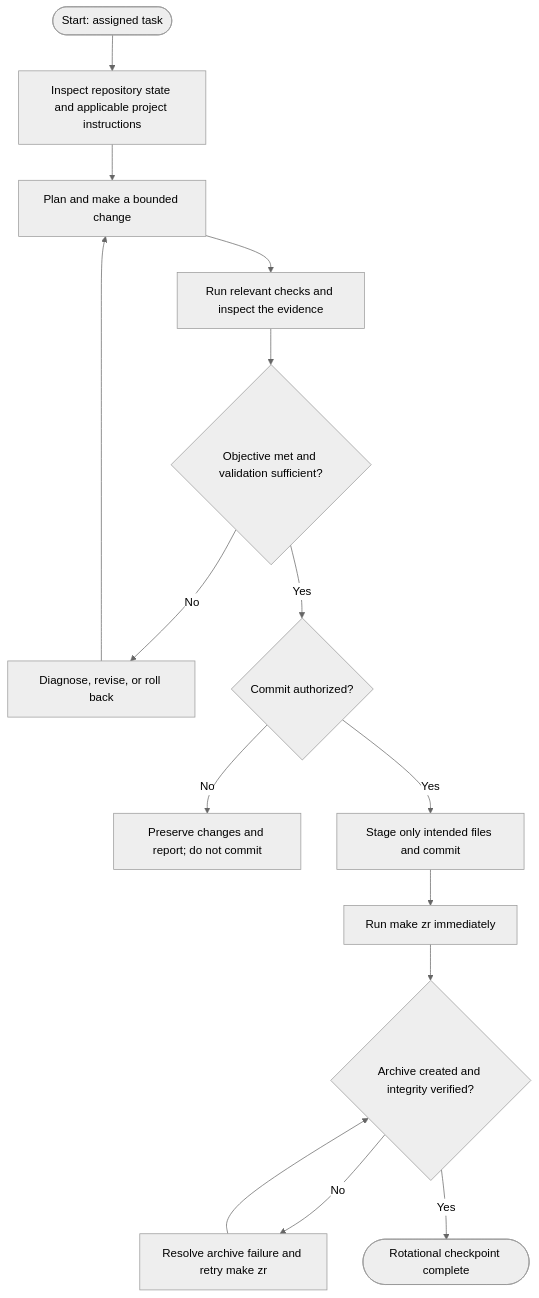
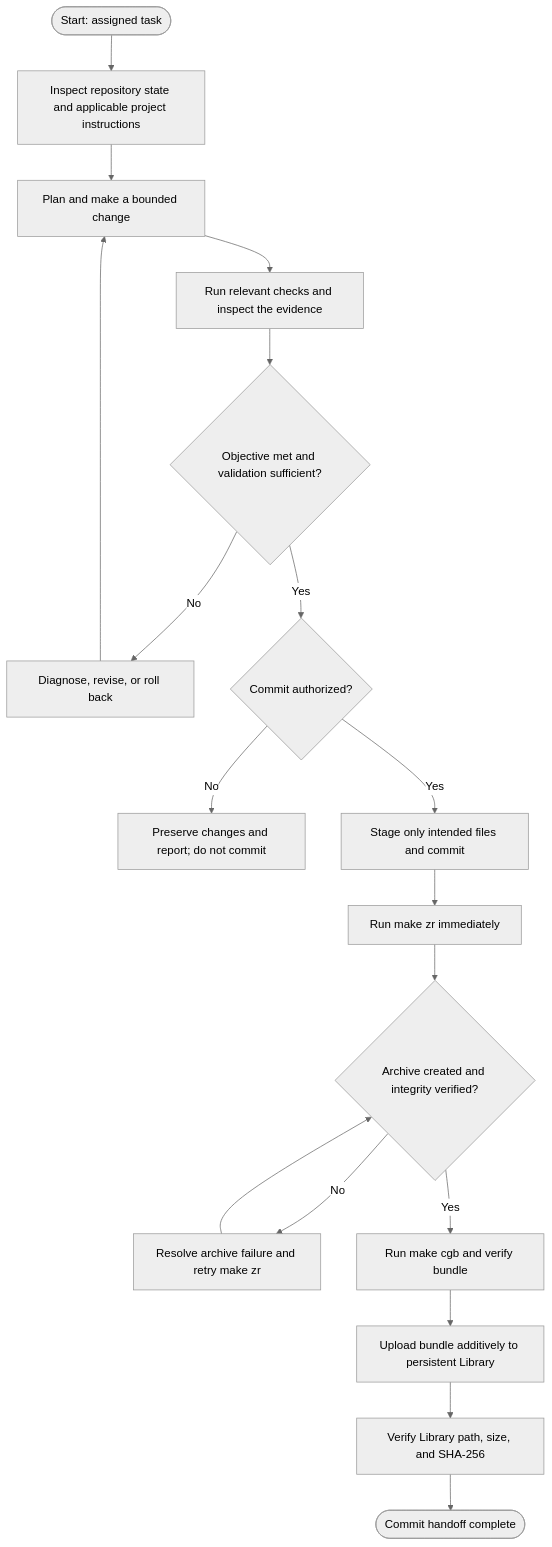
One commit to TheInternetTutor/trading_intel changed the diagram in README/017_rotational_cycle_execution.md. Above: the diagram before and after it, drawn with Mermaid (neutral theme). The commit also changed other lines of this file and 11 other files, not shown here.

Commit message:
Align README guidance with mandatory post-commit handoff

````diff
--- a/README/017_rotational_cycle_execution.md
+++ b/README/017_rotational_cycle_execution.md
@@ -9,17 +9,20 @@
 ```mermaid
 flowchart TD
     A([Start: assigned task]) --> B[Inspect repository state and applicable project instructions]
     B --> C[Plan and make a bounded change]
     C --> D[Run relevant checks and inspect the evidence]
     D --> E{Objective met and validation sufficient?}
     E -- No --> F[Diagnose, revise, or roll back]
     F --> C
     E -- Yes --> G{Commit authorized?}
     G -- No --> H[Preserve changes and report; do not commit]
     G -- Yes --> I[Stage only intended files and commit]
     I --> J[Run make zr immediately]
     J --> K{Archive created and integrity verified?}
     K -- No --> L[Resolve archive failure and retry make zr]
     L --> K
-    K -- Yes --> M([Rotational checkpoint complete])
+    K -- Yes --> M[Run make cgb and verify bundle]
+    M --> N[Upload bundle additively to persistent Library]
+    N --> O[Verify Library path, size, and SHA-256]
+    O --> P([Commit handoff complete])
 ```
````
